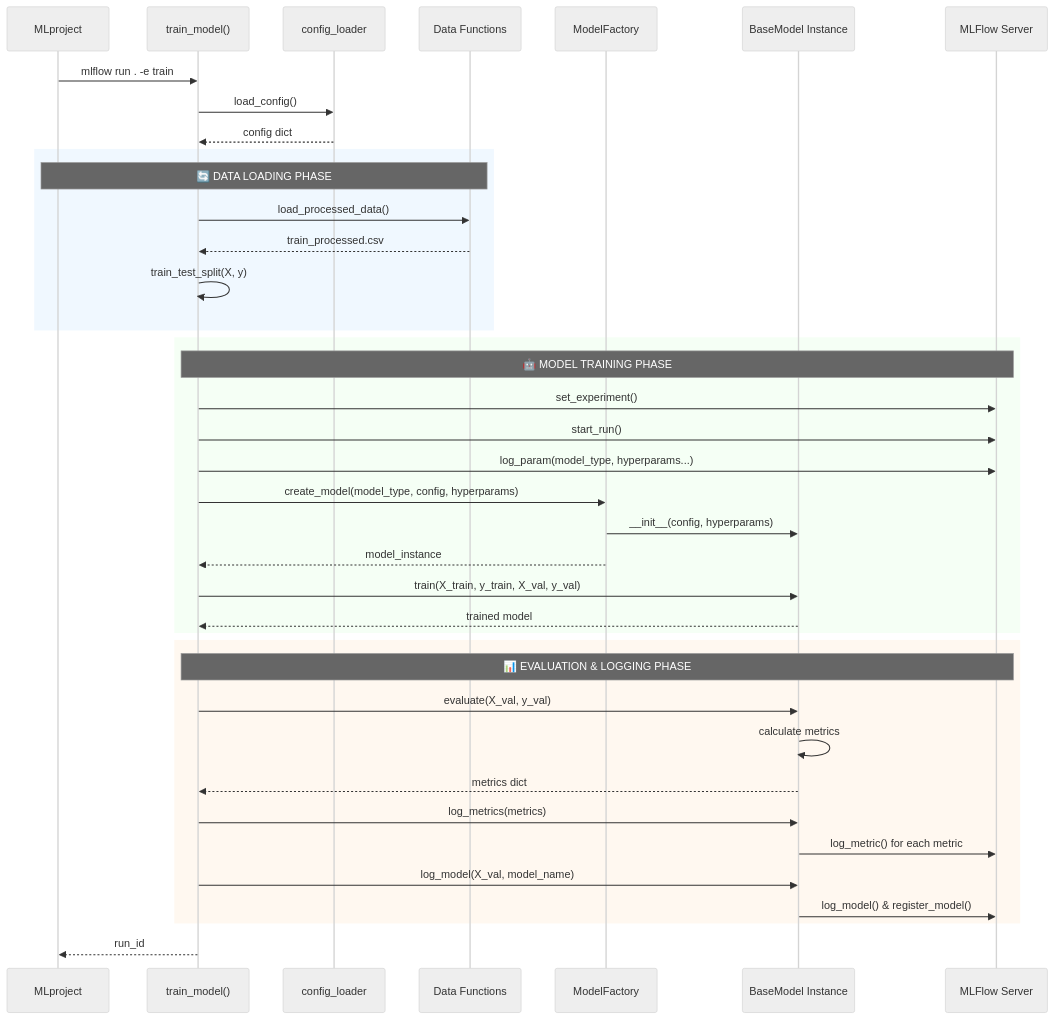
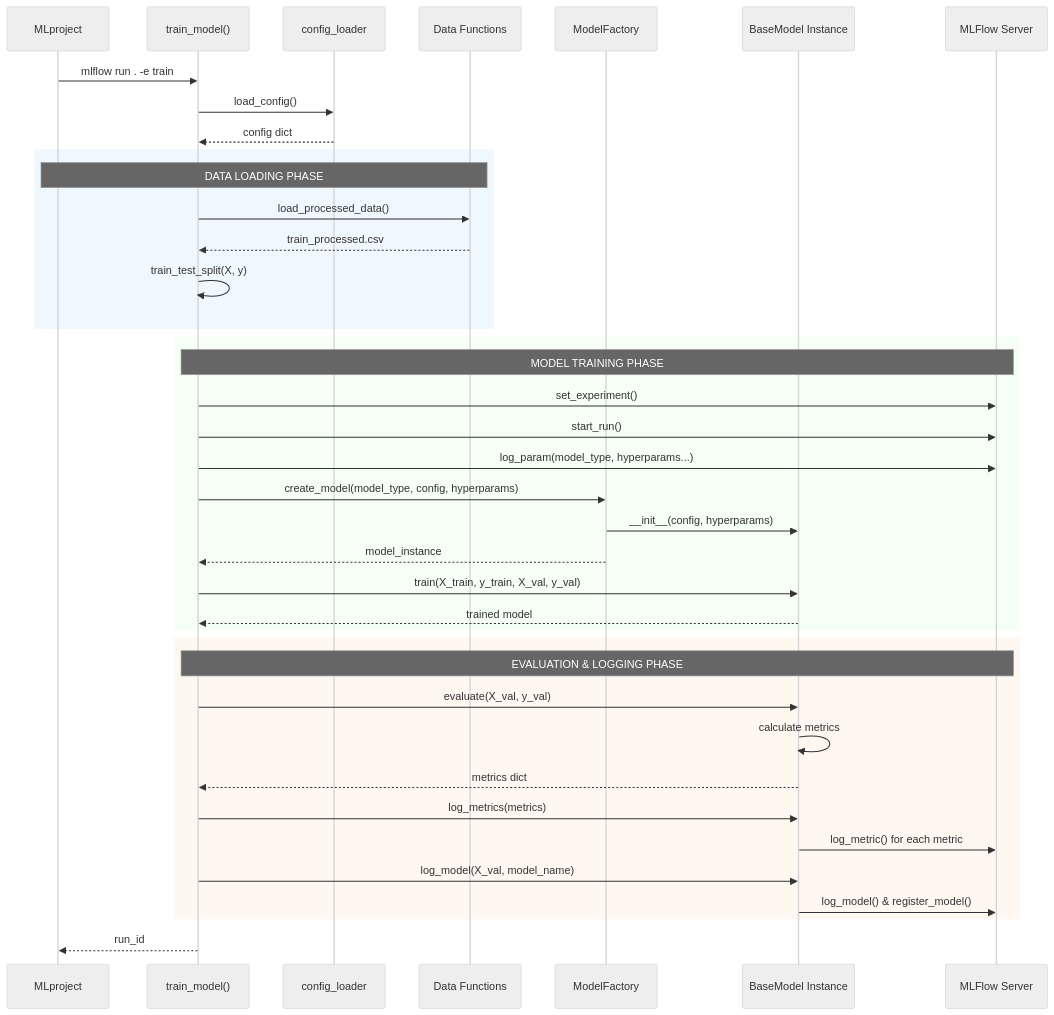
The second of 2 diagrams in docs/docs/mlflow/v1/02_architecture.md (alvarog2491/bank-client-subscription-classifier), drawn with Mermaid (neutral theme) before and after one commit. The commit also changed 7 other files, not shown here.

````diff
--- a/docs/docs/mlflow/v1/02_architecture.md
+++ b/docs/docs/mlflow/v1/02_architecture.md
@@ -95,50 +95,50 @@
 ```mermaid
 sequenceDiagram
     participant MLProject as MLproject
     participant TrainFunc as train_model()
     participant Config as config_loader
     participant DataLoader as Data Functions
     participant Factory as ModelFactory
     participant Model as BaseModel Instance
     participant MLFlow as MLFlow Server
     
     MLProject->>TrainFunc: mlflow run . -e train
     TrainFunc->>Config: load_config()
     Config-->>TrainFunc: config dict
     
     rect rgb(240, 248, 255)
-        Note over MLProject,DataLoader: 🔄 DATA LOADING PHASE
+        Note over MLProject,DataLoader: DATA LOADING PHASE
         TrainFunc->>DataLoader: load_processed_data()
         DataLoader-->>TrainFunc: train_processed.csv
         TrainFunc->>TrainFunc: train_test_split(X, y)
     end
     
     rect rgb(245, 255, 245)
-        Note over TrainFunc,MLFlow: 🤖 MODEL TRAINING PHASE
+        Note over TrainFunc,MLFlow: MODEL TRAINING PHASE
         TrainFunc->>MLFlow: set_experiment()
         TrainFunc->>MLFlow: start_run()
         TrainFunc->>MLFlow: log_param(model_type, hyperparams...)
         
         TrainFunc->>Factory: create_model(model_type, config, hyperparams)
         Factory->>Model: __init__(config, hyperparams)
         Factory-->>TrainFunc: model_instance
         
         TrainFunc->>Model: train(X_train, y_train, X_val, y_val)
         Model-->>TrainFunc: trained model
     end
     
     rect rgb(255, 248, 240)
-        Note over TrainFunc,MLFlow: 📊 EVALUATION & LOGGING PHASE
+        Note over TrainFunc,MLFlow: EVALUATION & LOGGING PHASE
         TrainFunc->>Model: evaluate(X_val, y_val)
         Model->>Model: calculate metrics
         Model-->>TrainFunc: metrics dict
         
         TrainFunc->>Model: log_metrics(metrics)
         Model->>MLFlow: log_metric() for each metric
         
         TrainFunc->>Model: log_model(X_val, model_name)
         Model->>MLFlow: log_model() & register_model()
     end
     
     TrainFunc-->>MLProject: run_id
 ```
````
